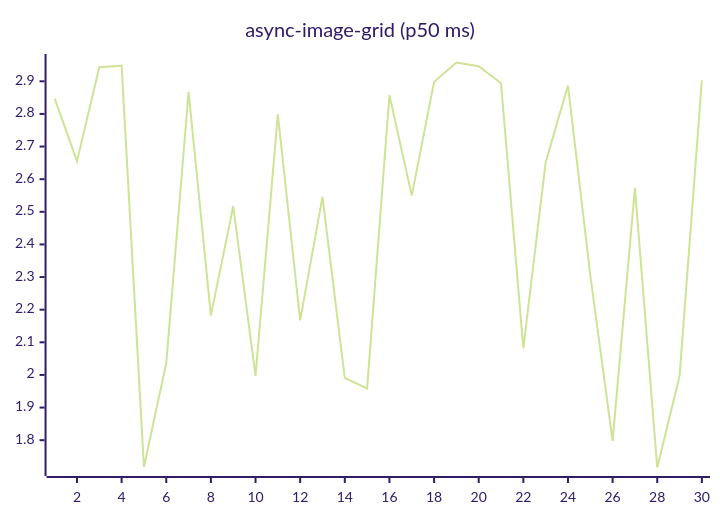
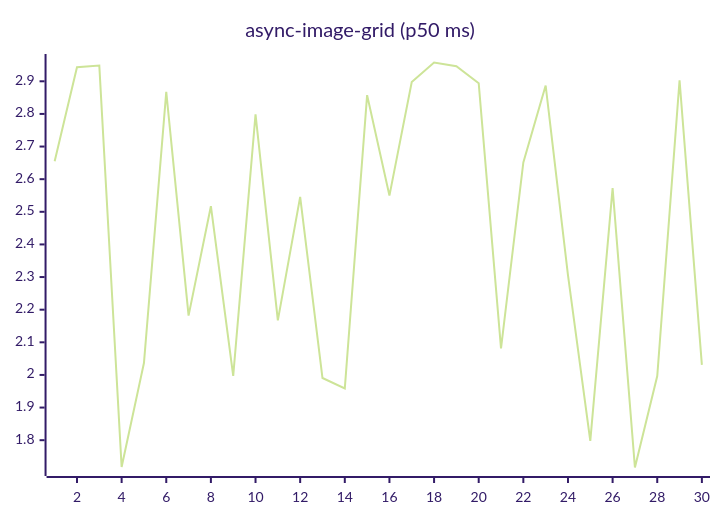
The fifth of 27 diagrams in README.md (josha/Facet), drawn with Mermaid (forest theme) before and after one commit. The commit also changed other lines of this file and 2 other files, not shown here.

````diff
--- a/README.md
+++ b/README.md
@@ -91,6 +91,6 @@
 ```mermaid
 xychart-beta
     title "async-image-grid (p50 ms)"
     x-axis 1 --> 30
-    line [2.8471, 2.6552, 2.9433, 2.9481, 1.7177, 2.0365, 2.8674, 2.1819, 2.5171, 1.9970, 2.7988, 2.1671, 2.5459, 1.9906, 1.9586, 2.8577, 2.5497, 2.8980, 2.9576, 2.9463, 2.8940, 2.0815, 2.6515, 2.8871, 2.3060, 1.7979, 2.5726, 1.7163, 1.9964, 2.9032]
+    line [2.6552, 2.9433, 2.9481, 1.7177, 2.0365, 2.8674, 2.1819, 2.5171, 1.9970, 2.7988, 2.1671, 2.5459, 1.9906, 1.9586, 2.8577, 2.5497, 2.8980, 2.9576, 2.9463, 2.8940, 2.0815, 2.6515, 2.8871, 2.3060, 1.7979, 2.5726, 1.7163, 1.9964, 2.9032, 2.0307]
 ```
````
